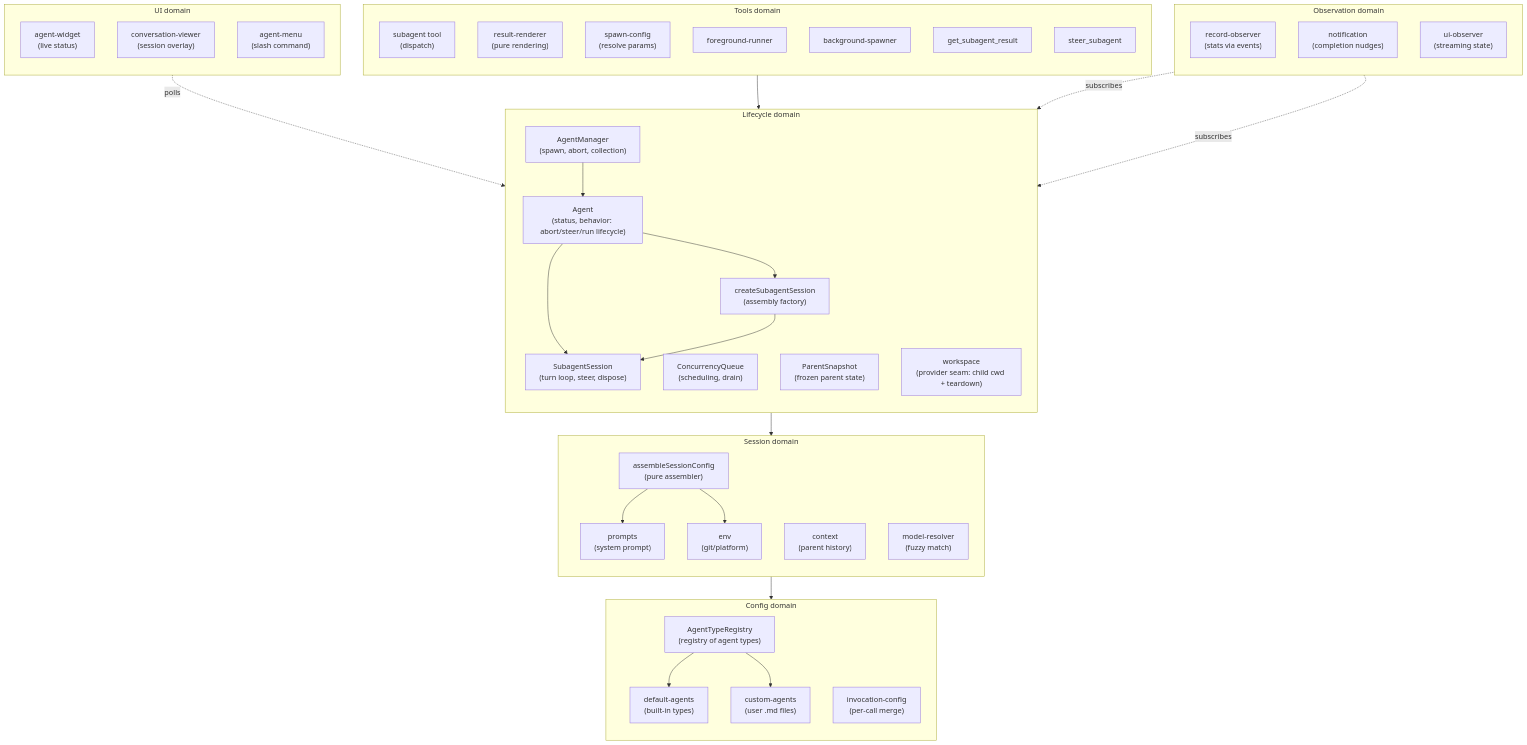
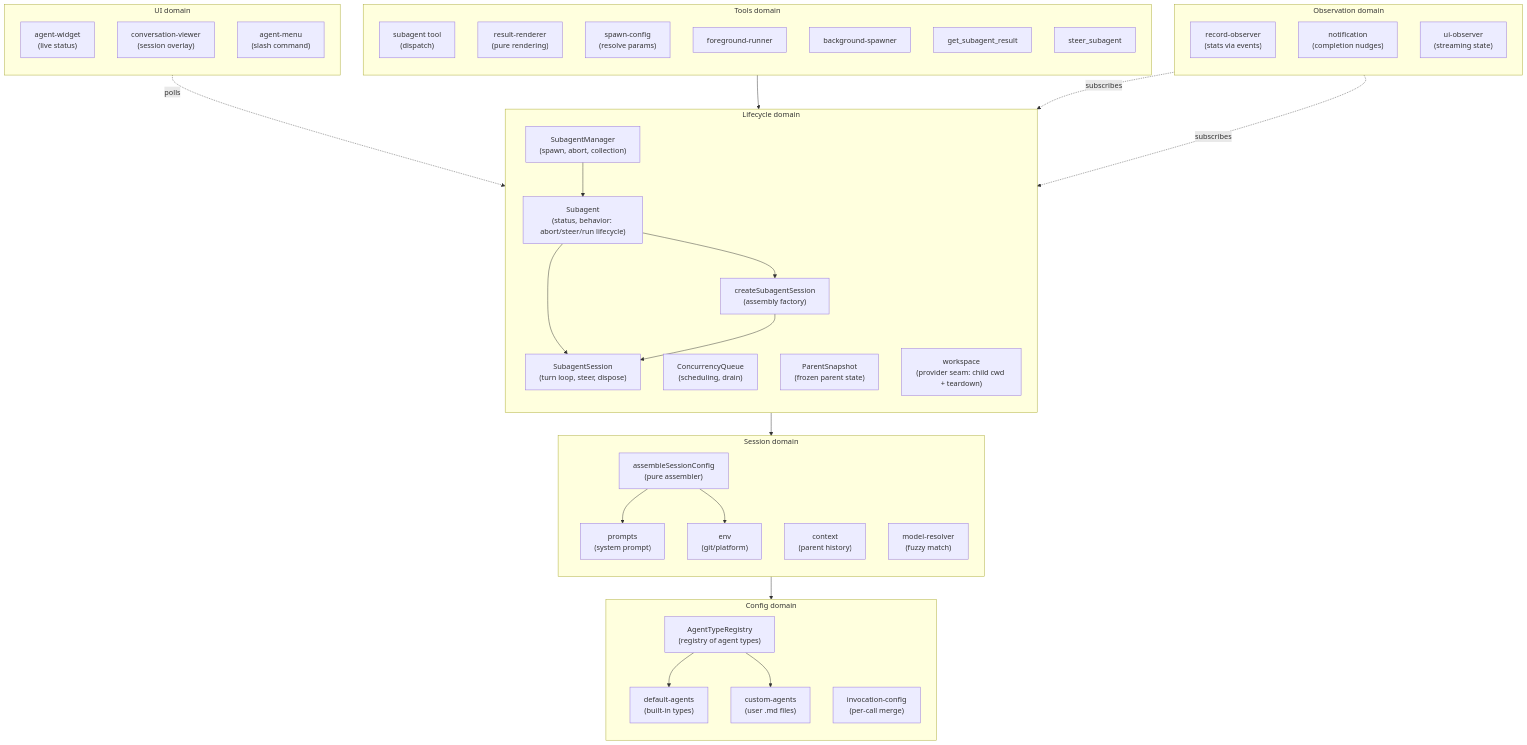
One commit to NicoSenerman/pi-packages changed the first of 5 diagrams in packages/pi-subagents/docs/architecture/architecture.md. Above: the diagram before and after it, drawn with Mermaid. The commit also changed other lines of this file and 1 other file, not shown here.

First line of the commit message:
docs: update architecture and skill docs for Subagent rename (#280)

````diff
--- a/packages/pi-subagents/docs/architecture/architecture.md
+++ b/packages/pi-subagents/docs/architecture/architecture.md
@@ -33,67 +33,67 @@
 ```mermaid
 flowchart TB
     subgraph config["Config domain"]
         direction TB
         AgentTypeRegistry["AgentTypeRegistry<br/>(registry of agent types)"]
         DefaultAgents["default-agents<br/>(built-in types)"]
         CustomAgents["custom-agents<br/>(user .md files)"]
         InvocationConfig["invocation-config<br/>(per-call merge)"]
     end
 
     subgraph session["Session domain"]
         direction TB
         SessionConfig["assembleSessionConfig<br/>(pure assembler)"]
         Prompts["prompts<br/>(system prompt)"]
         Context["context<br/>(parent history)"]
         Env["env<br/>(git/platform)"]
         ModelResolver["model-resolver<br/>(fuzzy match)"]
     end
 
     subgraph lifecycle["Lifecycle domain"]
         direction TB
-        AgentManager["AgentManager<br/>(spawn, abort, collection)"]
+        SubagentManager["SubagentManager<br/>(spawn, abort, collection)"]
         ConcurrencyQueue["ConcurrencyQueue<br/>(scheduling, drain)"]
         CreateSubagentSession["createSubagentSession<br/>(assembly factory)"]
         SubagentSession["SubagentSession<br/>(turn loop, steer, dispose)"]
-        Agent["Agent<br/>(status, behavior: abort/steer/run lifecycle)"]
+        Subagent["Subagent<br/>(status, behavior: abort/steer/run lifecycle)"]
         ParentSnapshot["ParentSnapshot<br/>(frozen parent state)"]
         Workspace["workspace<br/>(provider seam: child cwd + teardown)"]
     end
 
     subgraph observation["Observation domain"]
         direction TB
         RecordObserver["record-observer<br/>(stats via events)"]
         Notification["notification<br/>(completion nudges)"]
         UIObserver["ui-observer<br/>(streaming state)"]
     end
 
     subgraph tools["Tools domain"]
         direction TB
         AgentTool["subagent tool<br/>(dispatch)"]
         ResultRenderer["result-renderer<br/>(pure rendering)"]
         SpawnConfig["spawn-config<br/>(resolve params)"]
         FgRunner["foreground-runner"]
         BgSpawner["background-spawner"]
         GetResult["get_subagent_result"]
         Steer["steer_subagent"]
     end
 
     subgraph ui["UI domain"]
         direction TB
         Widget["agent-widget<br/>(live status)"]
         ConvViewer["conversation-viewer<br/>(session overlay)"]
         Menu["agent-menu<br/>(slash command)"]
     end
 
-    AgentTool --> AgentManager
-    AgentManager --> Agent
-    Agent --> CreateSubagentSession & SubagentSession
+    AgentTool --> SubagentManager
+    SubagentManager --> Subagent
+    Subagent --> CreateSubagentSession & SubagentSession
     CreateSubagentSession --> SubagentSession
     CreateSubagentSession --> SessionConfig
     SessionConfig --> AgentTypeRegistry
     SessionConfig --> Prompts & Env
     AgentTypeRegistry --> DefaultAgents & CustomAgents
     RecordObserver -.->|subscribes| SubagentSession
     UIObserver -.->|subscribes| SubagentSession
-    Widget -.->|polls| AgentManager
+    Widget -.->|polls| SubagentManager
 ```
````
